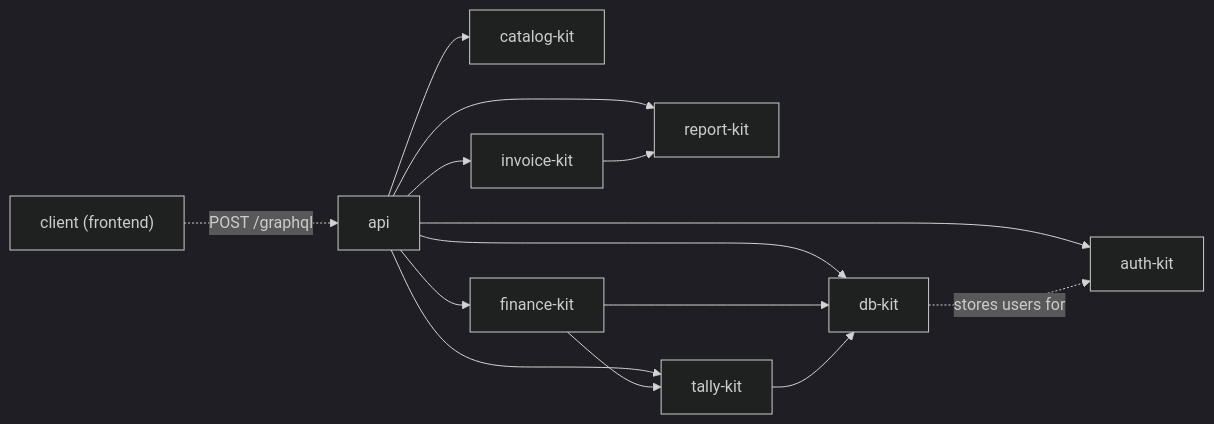
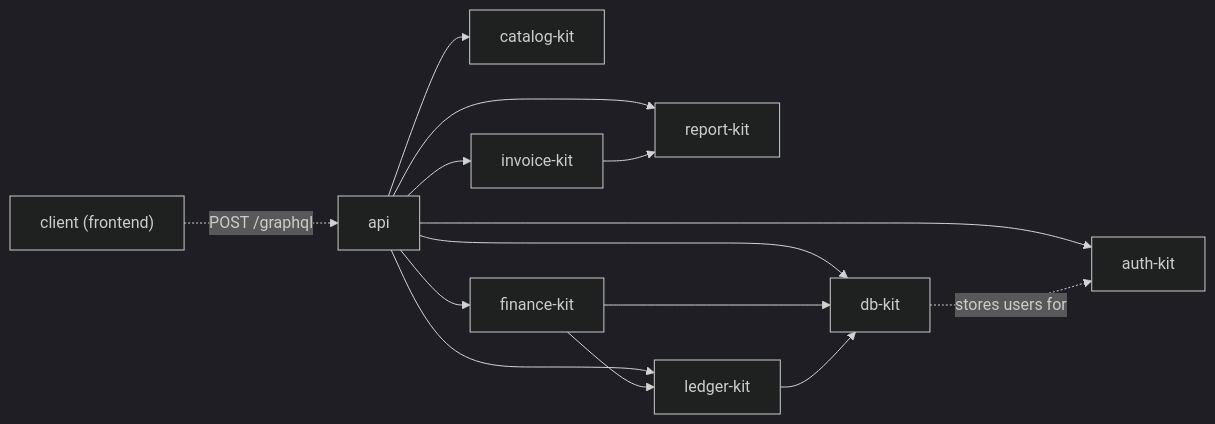
Before and after one commit to mgpl-diagnostics/api: the third of 4 diagrams in docs/02-architecture.md, drawn with Mermaid (dark theme). The commit also changed other lines of this file and 23 other files, not shown here.

First line of the commit message:
feat: kits from GitHub Packages; ledger-kit; db-kit 2.0.0 (#7)

````diff
--- a/docs/02-architecture.md
+++ b/docs/02-architecture.md
@@ -135,16 +135,16 @@
 ```mermaid
 flowchart LR
   API["api"] --> AUTH["auth-kit"]
   API --> DB["db-kit"]
   API --> CAT["catalog-kit"]
   API --> INV["invoice-kit"]
   API --> REP["report-kit"]
   API --> FIN["finance-kit"]
-  API --> TAL["tally-kit"]
+  API --> TAL["ledger-kit"]
   INV --> REP
   FIN --> TAL
   FIN --> DB
   TAL --> DB
   DB -. "stores users for" .-> AUTH
   CL["client (frontend)"] -. "POST /graphql" .-> API
 ```
````
